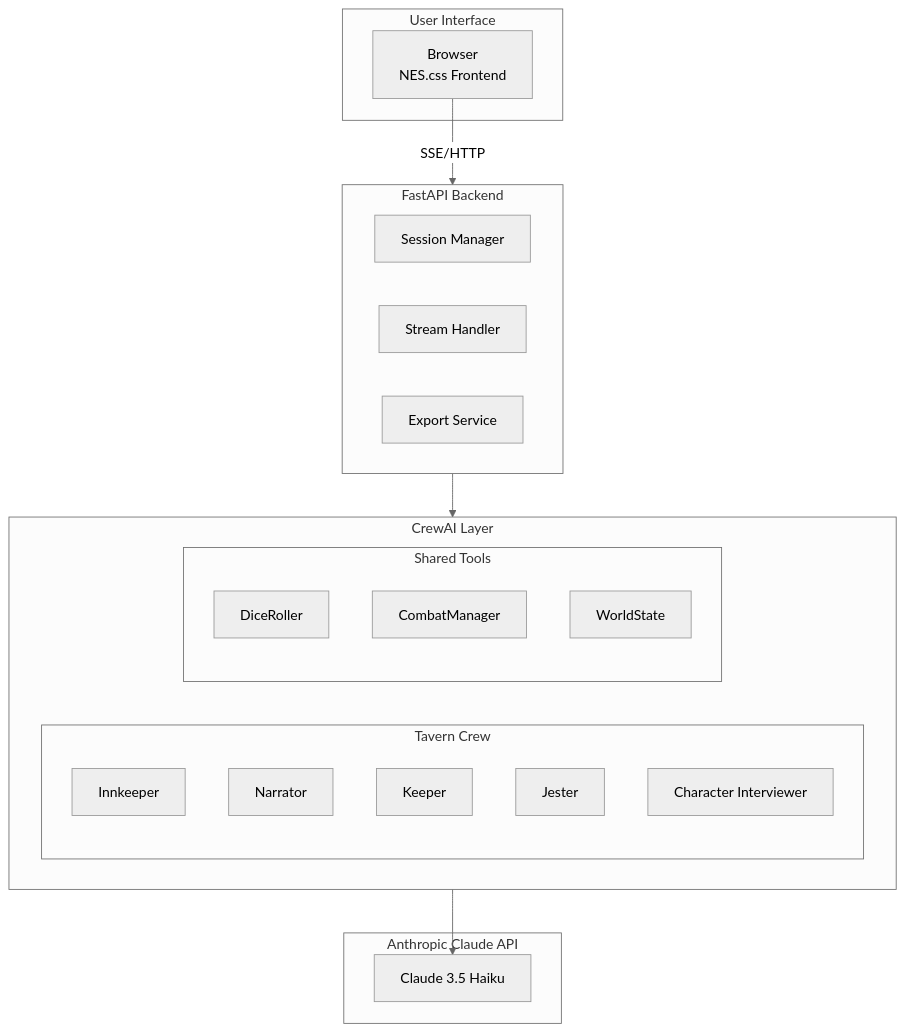
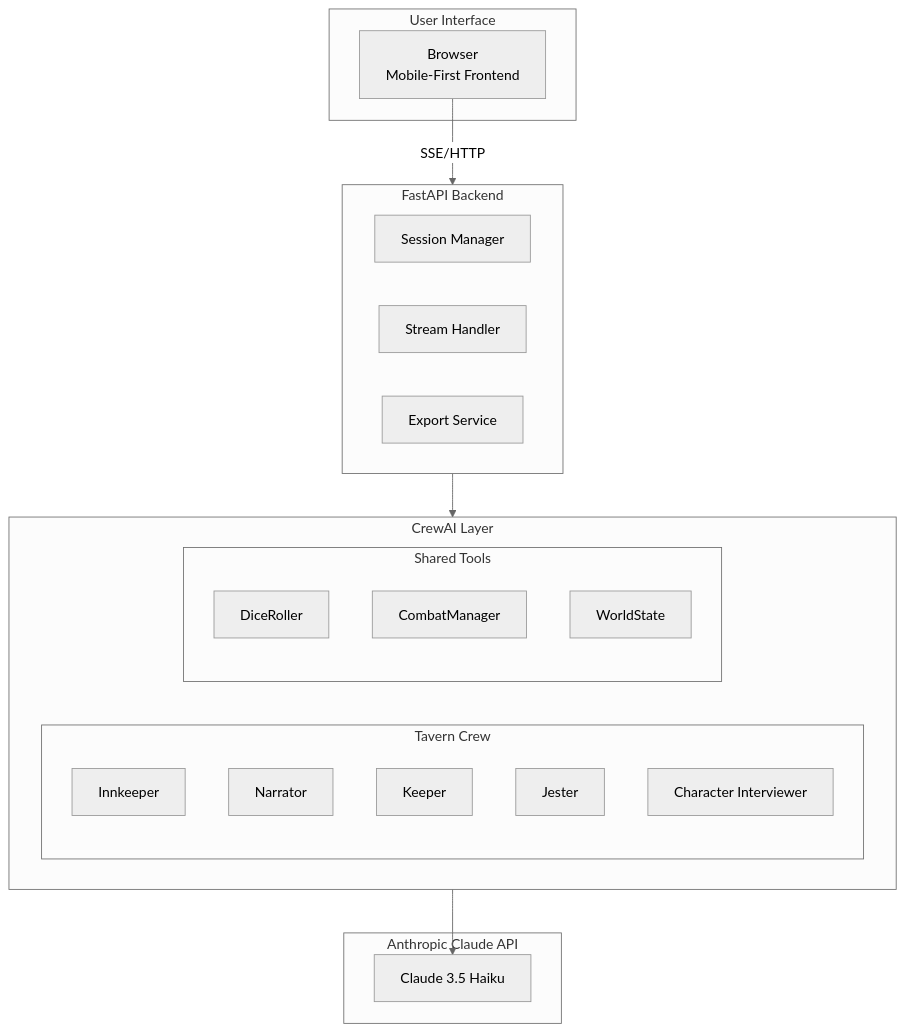
One commit to darth-dodo/pocket-portals changed the diagram in docs/architecture.md. Above: the diagram before and after it, drawn with Mermaid (neutral theme). The commit also changed other lines of this file and 17 other files, not shown here.

````diff
--- a/docs/architecture.md
+++ b/docs/architecture.md
@@ -37,35 +37,35 @@
 ```mermaid
 flowchart TB
     subgraph UI["User Interface"]
-        Browser["Browser<br/>NES.css Frontend"]
+        Browser["Browser<br/>Mobile-First Frontend"]
     end
 
     subgraph API["FastAPI Backend"]
         Session["Session Manager"]
         Stream["Stream Handler"]
         Export["Export Service"]
     end
 
     subgraph CrewAI["CrewAI Layer"]
         subgraph Agents["Tavern Crew"]
             Innkeeper["Innkeeper"]
             Narrator["Narrator"]
             Keeper["Keeper"]
             Jester["Jester"]
             Interviewer["Character Interviewer"]
         end
         subgraph Tools["Shared Tools"]
             Dice["DiceRoller"]
             Combat["CombatManager"]
             State["WorldState"]
         end
     end
 
     subgraph External["Anthropic Claude API"]
         Claude["Claude 3.5 Haiku"]
     end
 
     Browser -->|SSE/HTTP| API
     API --> CrewAI
     CrewAI --> Claude
 ```
````
